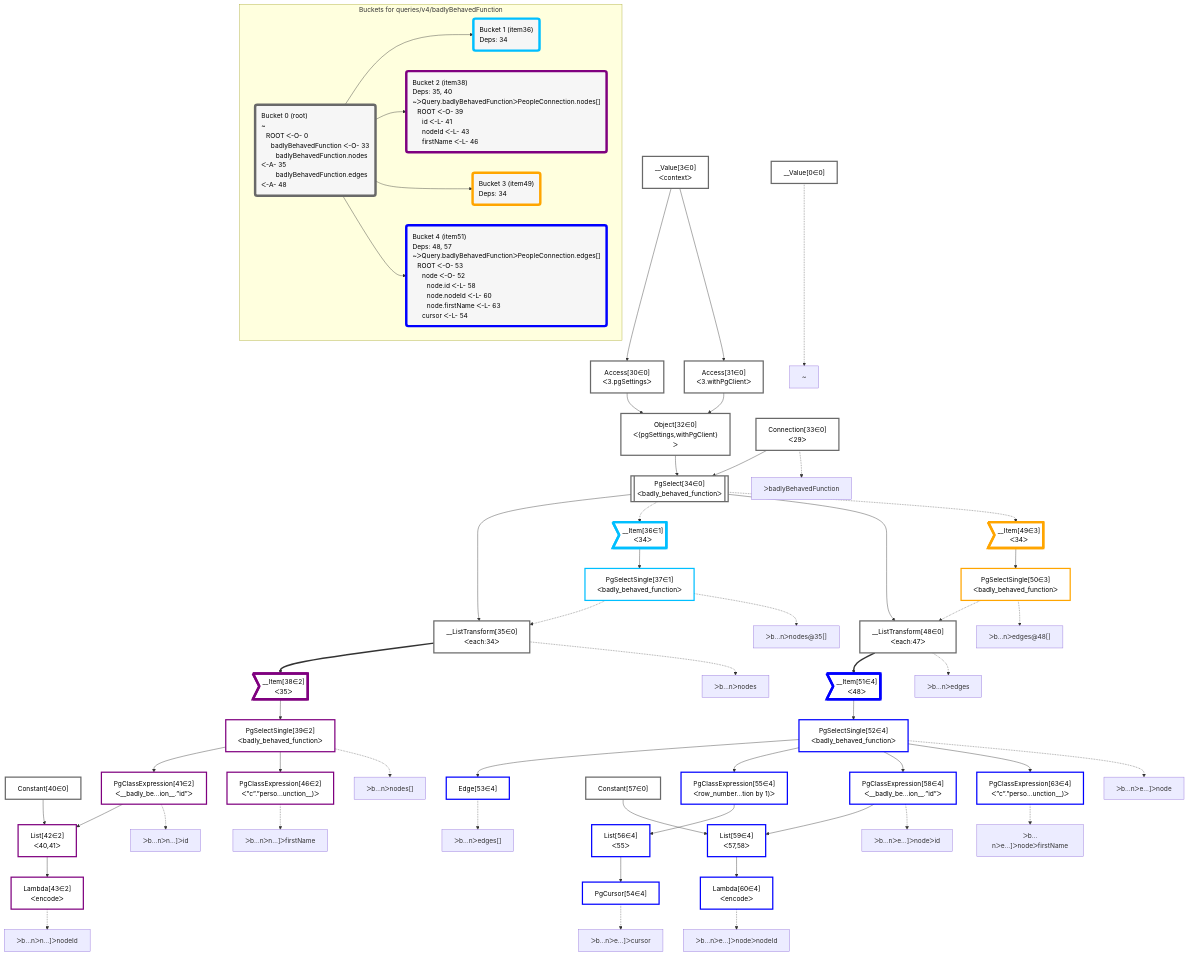
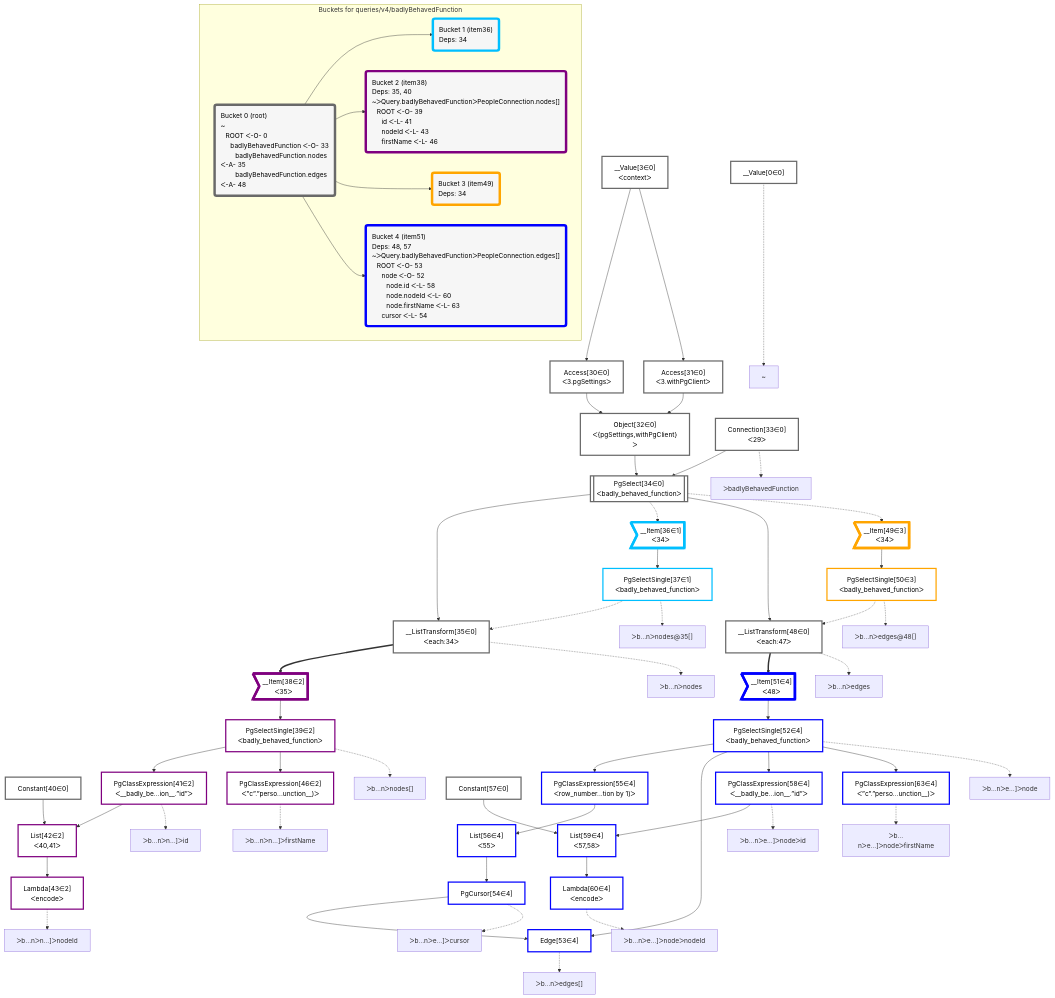
One commit to graphile/crystal changed the diagram in packages/postgraphile/__tests__/queries/v4/badlyBehavedFunction.mermaid. Above: the diagram before and after it, drawn with Mermaid. The commit also changed 6 other files, not shown here.

```diff
--- a/packages/postgraphile/__tests__/queries/v4/badlyBehavedFunction.mermaid
+++ b/packages/postgraphile/__tests__/queries/v4/badlyBehavedFunction.mermaid
@@ -1,123 +1,123 @@
 graph TD
     classDef path fill:#eee,stroke:#000,color:#000
     classDef plan fill:#fff,stroke-width:3px,color:#000
     classDef itemplan fill:#fff,stroke-width:6px,color:#000
     classDef sideeffectplan fill:#f00,stroke-width:6px,color:#000
     classDef bucket fill:#f6f6f6,color:#000,stroke-width:6px,text-align:left
 
 
     %% define plans
     __Value0["__Value[0∈0]"]:::plan
     __Value3["__Value[3∈0]<br />ᐸcontextᐳ"]:::plan
     Access30["Access[30∈0]<br />ᐸ3.pgSettingsᐳ"]:::plan
     Access31["Access[31∈0]<br />ᐸ3.withPgClientᐳ"]:::plan
     Object32["Object[32∈0]<br />ᐸ{pgSettings,withPgClient}ᐳ"]:::plan
     Connection33["Connection[33∈0]<br />ᐸ29ᐳ"]:::plan
     PgSelect34[["PgSelect[34∈0]<br />ᐸbadly_behaved_functionᐳ"]]:::plan
     __ListTransform35["__ListTransform[35∈0]<br />ᐸeach:34ᐳ"]:::plan
     __Item36>"__Item[36∈1]<br />ᐸ34ᐳ"]:::itemplan
     PgSelectSingle37["PgSelectSingle[37∈1]<br />ᐸbadly_behaved_functionᐳ"]:::plan
     __Item38>"__Item[38∈2]<br />ᐸ35ᐳ"]:::itemplan
     PgSelectSingle39["PgSelectSingle[39∈2]<br />ᐸbadly_behaved_functionᐳ"]:::plan
     Constant40["Constant[40∈0]"]:::plan
     PgClassExpression41["PgClassExpression[41∈2]<br />ᐸ__badly_be...ion__.”id”ᐳ"]:::plan
     List42["List[42∈2]<br />ᐸ40,41ᐳ"]:::plan
     Lambda43["Lambda[43∈2]<br />ᐸencodeᐳ"]:::plan
     PgClassExpression46["PgClassExpression[46∈2]<br />ᐸ”c”.”perso...unction__)ᐳ"]:::plan
     __ListTransform48["__ListTransform[48∈0]<br />ᐸeach:47ᐳ"]:::plan
     __Item49>"__Item[49∈3]<br />ᐸ34ᐳ"]:::itemplan
     PgSelectSingle50["PgSelectSingle[50∈3]<br />ᐸbadly_behaved_functionᐳ"]:::plan
     __Item51>"__Item[51∈4]<br />ᐸ48ᐳ"]:::itemplan
     PgSelectSingle52["PgSelectSingle[52∈4]<br />ᐸbadly_behaved_functionᐳ"]:::plan
-    Edge53["Edge[53∈4]"]:::plan
     PgClassExpression55["PgClassExpression[55∈4]<br />ᐸrow_number...tion by 1)ᐳ"]:::plan
     List56["List[56∈4]<br />ᐸ55ᐳ"]:::plan
     PgCursor54["PgCursor[54∈4]"]:::plan
+    Edge53["Edge[53∈4]"]:::plan
     Constant57["Constant[57∈0]"]:::plan
     PgClassExpression58["PgClassExpression[58∈4]<br />ᐸ__badly_be...ion__.”id”ᐳ"]:::plan
     List59["List[59∈4]<br />ᐸ57,58ᐳ"]:::plan
     Lambda60["Lambda[60∈4]<br />ᐸencodeᐳ"]:::plan
     PgClassExpression63["PgClassExpression[63∈4]<br />ᐸ”c”.”perso...unction__)ᐳ"]:::plan
 
     %% plan dependencies
     __Value3 --> Access30
     __Value3 --> Access31
     Access30 & Access31 --> Object32
     Object32 & Connection33 --> PgSelect34
     PgSelect34 --> __ListTransform35
     PgSelectSingle37 -.-> __ListTransform35
     PgSelect34 -.-> __Item36
     __Item36 --> PgSelectSingle37
     __ListTransform35 ==> __Item38
     __Item38 --> PgSelectSingle39
     PgSelectSingle39 --> PgClassExpression41
     Constant40 & PgClassExpression41 --> List42
     List42 --> Lambda43
     PgSelectSingle39 --> PgClassExpression46
     PgSelect34 --> __ListTransform48
     PgSelectSingle50 -.-> __ListTransform48
     PgSelect34 -.-> __Item49
     __Item49 --> PgSelectSingle50
     __ListTransform48 ==> __Item51
     __Item51 --> PgSelectSingle52
-    PgSelectSingle52 --> Edge53
     PgSelectSingle52 --> PgClassExpression55
     PgClassExpression55 --> List56
     List56 --> PgCursor54
+    PgSelectSingle52 & PgCursor54 --> Edge53
     PgSelectSingle52 --> PgClassExpression58
     Constant57 & PgClassExpression58 --> List59
     List59 --> Lambda60
     PgSelectSingle52 --> PgClassExpression63
 
     %% plan-to-path relationships
     P0["~"]
     __Value0 -.-> P0
     P33["ᐳbadlyBehavedFunction"]
     Connection33 -.-> P33
     P35["ᐳb…nᐳnodes"]
     __ListTransform35 -.-> P35
     P37["ᐳb…nᐳnodes@35[]"]
     PgSelectSingle37 -.-> P37
     P39["ᐳb…nᐳnodes[]"]
     PgSelectSingle39 -.-> P39
     P41["ᐳb…nᐳn…]ᐳid"]
     PgClassExpression41 -.-> P41
     P43["ᐳb…nᐳn…]ᐳnodeId"]
     Lambda43 -.-> P43
     P46["ᐳb…nᐳn…]ᐳfirstName"]
     PgClassExpression46 -.-> P46
     P48["ᐳb…nᐳedges"]
     __ListTransform48 -.-> P48
     P50["ᐳb…nᐳedges@48[]"]
     PgSelectSingle50 -.-> P50
     P52["ᐳb…nᐳe…]ᐳnode"]
     PgSelectSingle52 -.-> P52
     P53["ᐳb…nᐳedges[]"]
     Edge53 -.-> P53
     P54["ᐳb…nᐳe…]ᐳcursor"]
     PgCursor54 -.-> P54
     P58["ᐳb…nᐳe…]ᐳnodeᐳid"]
     PgClassExpression58 -.-> P58
     P60["ᐳb…nᐳe…]ᐳnodeᐳnodeId"]
     Lambda60 -.-> P60
     P63["ᐳb…nᐳe…]ᐳnodeᐳfirstName"]
     PgClassExpression63 -.-> P63
 
     subgraph "Buckets for queries/v4/badlyBehavedFunction"
     Bucket0("Bucket 0 (root)<br />~<br />⠀ROOT ᐸ-O- 0<br />⠀⠀badlyBehavedFunction ᐸ-O- 33<br />⠀⠀⠀badlyBehavedFunction.nodes ᐸ-A- 35<br />⠀⠀⠀badlyBehavedFunction.edges ᐸ-A- 48"):::bucket
     classDef bucket0 stroke:#696969
     class Bucket0,__Value0,__Value3,Access30,Access31,Object32,Connection33,PgSelect34,__ListTransform35,Constant40,__ListTransform48,Constant57 bucket0
     Bucket1("Bucket 1 (item36)<br />Deps: 34"):::bucket
     classDef bucket1 stroke:#00bfff
     class Bucket1,__Item36,PgSelectSingle37 bucket1
     Bucket2("Bucket 2 (item38)<br />Deps: 35, 40<br />~ᐳQuery.badlyBehavedFunctionᐳPeopleConnection.nodes[]<br />⠀ROOT ᐸ-O- 39<br />⠀⠀id ᐸ-L- 41<br />⠀⠀nodeId ᐸ-L- 43<br />⠀⠀firstName ᐸ-L- 46"):::bucket
     classDef bucket2 stroke:#7f007f
     class Bucket2,__Item38,PgSelectSingle39,PgClassExpression41,List42,Lambda43,PgClassExpression46 bucket2
     Bucket3("Bucket 3 (item49)<br />Deps: 34"):::bucket
     classDef bucket3 stroke:#ffa500
     class Bucket3,__Item49,PgSelectSingle50 bucket3
     Bucket4("Bucket 4 (item51)<br />Deps: 48, 57<br />~ᐳQuery.badlyBehavedFunctionᐳPeopleConnection.edges[]<br />⠀ROOT ᐸ-O- 53<br />⠀⠀node ᐸ-O- 52<br />⠀⠀⠀node.id ᐸ-L- 58<br />⠀⠀⠀node.nodeId ᐸ-L- 60<br />⠀⠀⠀node.firstName ᐸ-L- 63<br />⠀⠀cursor ᐸ-L- 54"):::bucket
     classDef bucket4 stroke:#0000ff
     class Bucket4,__Item51,PgSelectSingle52,Edge53,PgCursor54,PgClassExpression55,List56,PgClassExpression58,List59,Lambda60,PgClassExpression63 bucket4
     Bucket0 --> Bucket1 & Bucket2 & Bucket3 & Bucket4
     end
```
